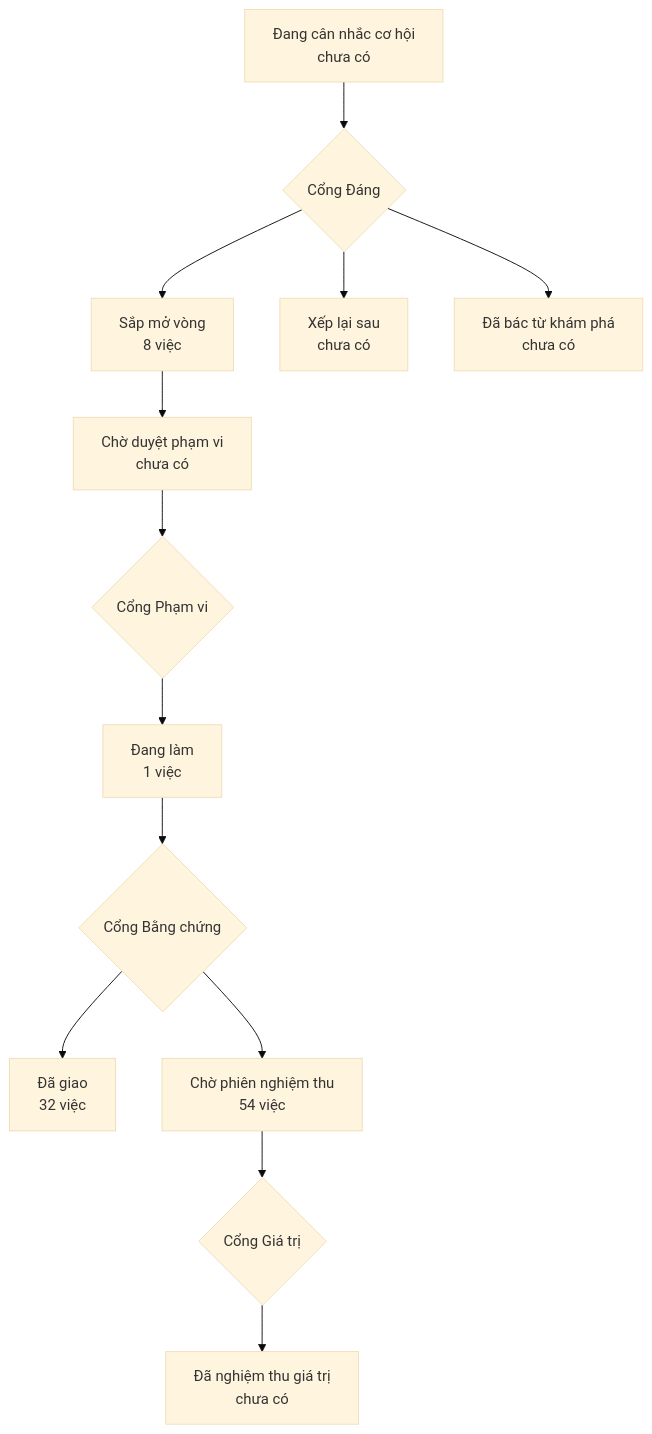
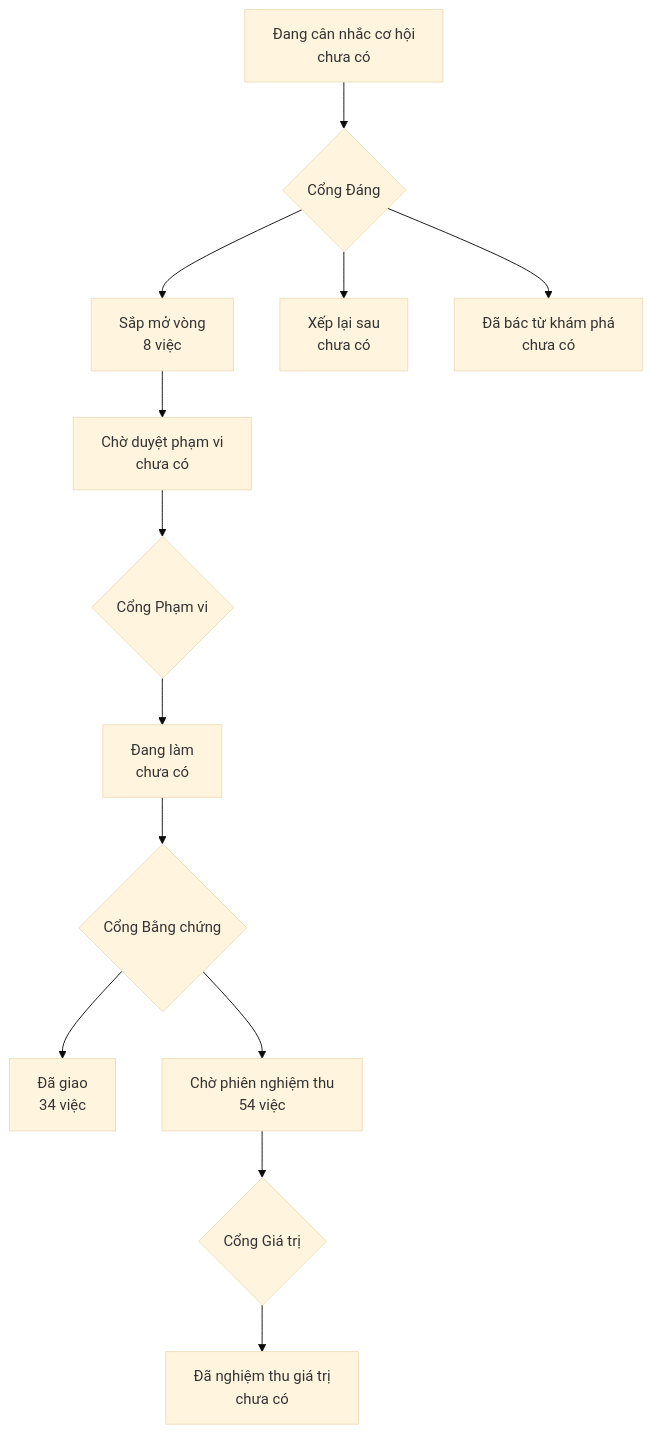
The diagram in PRODUCT-MAP.md (phanlemanh/onehub-inventory), drawn with Mermaid (base theme) before and after one commit. The commit also changed other lines of this file and 4 other files, not shown here.

````diff
--- a/PRODUCT-MAP.md
+++ b/PRODUCT-MAP.md
@@ -7,12 +7,12 @@
 ```mermaid
 flowchart TD
   A["Đang cân nhắc cơ hội<br/>chưa có"] --> GD{"Cổng Đáng"}
   GD --> B["Sắp mở vòng<br/>8 việc"]
   GD --> XL["Xếp lại sau<br/>chưa có"]
   GD --> DB["Đã bác từ khám phá<br/>chưa có"]
   B --> CD["Chờ duyệt phạm vi<br/>chưa có"] --> GP{"Cổng Phạm vi"}
-  GP --> DL["Đang làm<br/>1 việc"] --> GB{"Cổng Bằng chứng"}
-  GB --> DG["Đã giao<br/>32 việc"]
+  GP --> DL["Đang làm<br/>chưa có"] --> GB{"Cổng Bằng chứng"}
+  GB --> DG["Đã giao<br/>34 việc"]
   GB --> CN["Chờ phiên nghiệm thu<br/>54 việc"] --> GG{"Cổng Giá trị"}
   GG --> NT["Đã nghiệm thu giá trị<br/>chưa có"]
 ```
````
